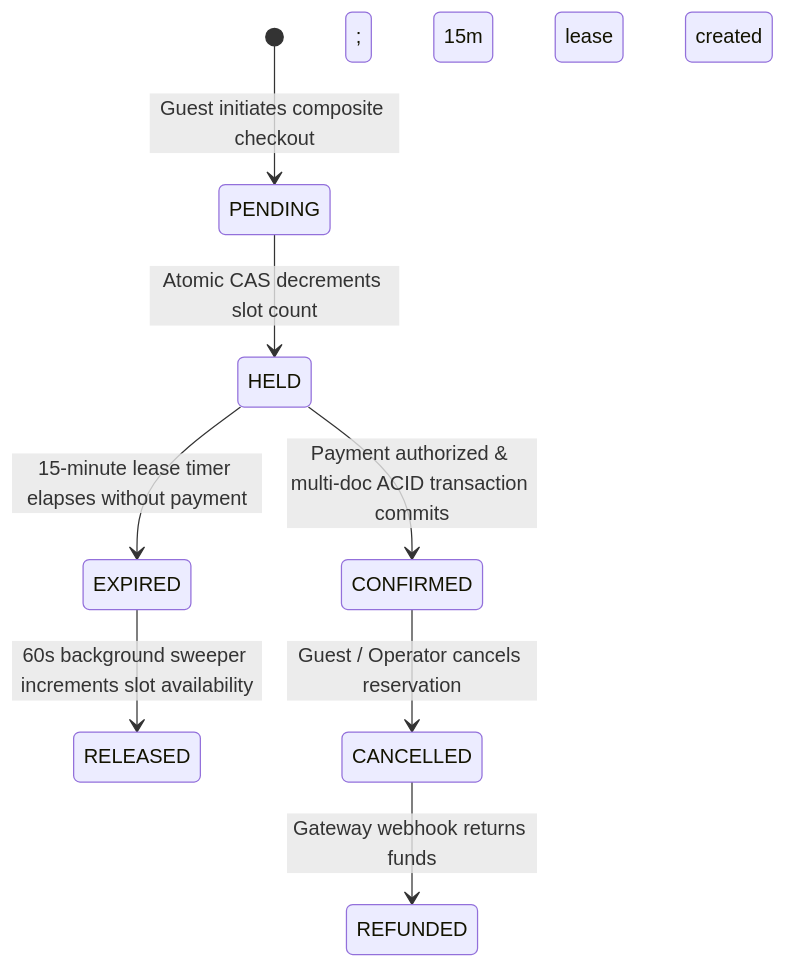
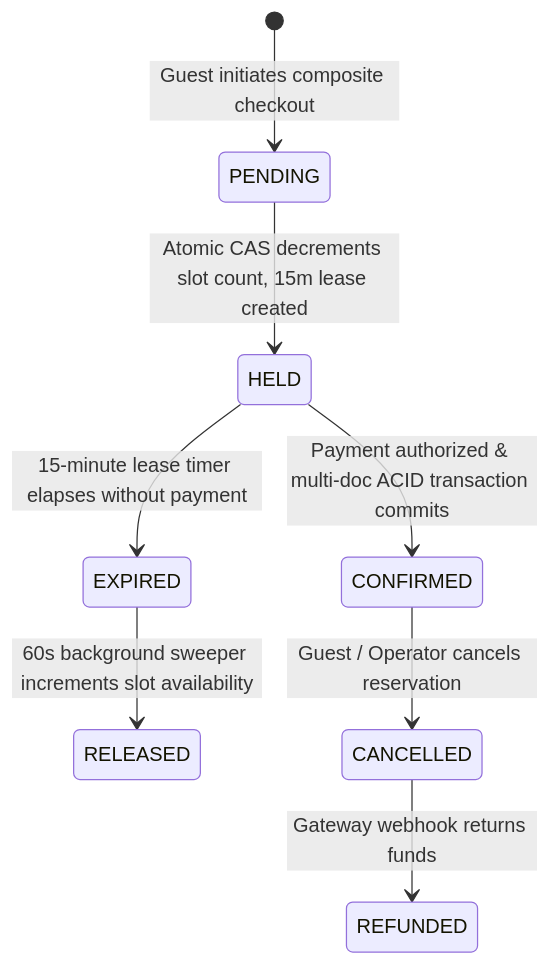
The seventh of 8 diagrams in README.md (LynnT-2003/yoonie-frontend), drawn with Mermaid before and after one commit. The commit also changed other lines of this file, not shown here.

Commit message:
fix(docs): escape semicolons in mermaid sequence and state diagrams for GitHub rendering

````diff
--- a/README.md
+++ b/README.md
@@ -335,10 +335,10 @@
 ```mermaid
 stateDiagram-v2
     [*] --> PENDING: Guest initiates composite checkout
-    PENDING --> HELD: Atomic CAS decrements slot count; 15m lease created
+    PENDING --> HELD: Atomic CAS decrements slot count, 15m lease created
     HELD --> CONFIRMED: Payment authorized & multi-doc ACID transaction commits
     HELD --> EXPIRED: 15-minute lease timer elapses without payment
     EXPIRED --> RELEASED: 60s background sweeper increments slot availability
     CONFIRMED --> CANCELLED: Guest / Operator cancels reservation
     CANCELLED --> REFUNDED: Gateway webhook returns funds
 ```
````
